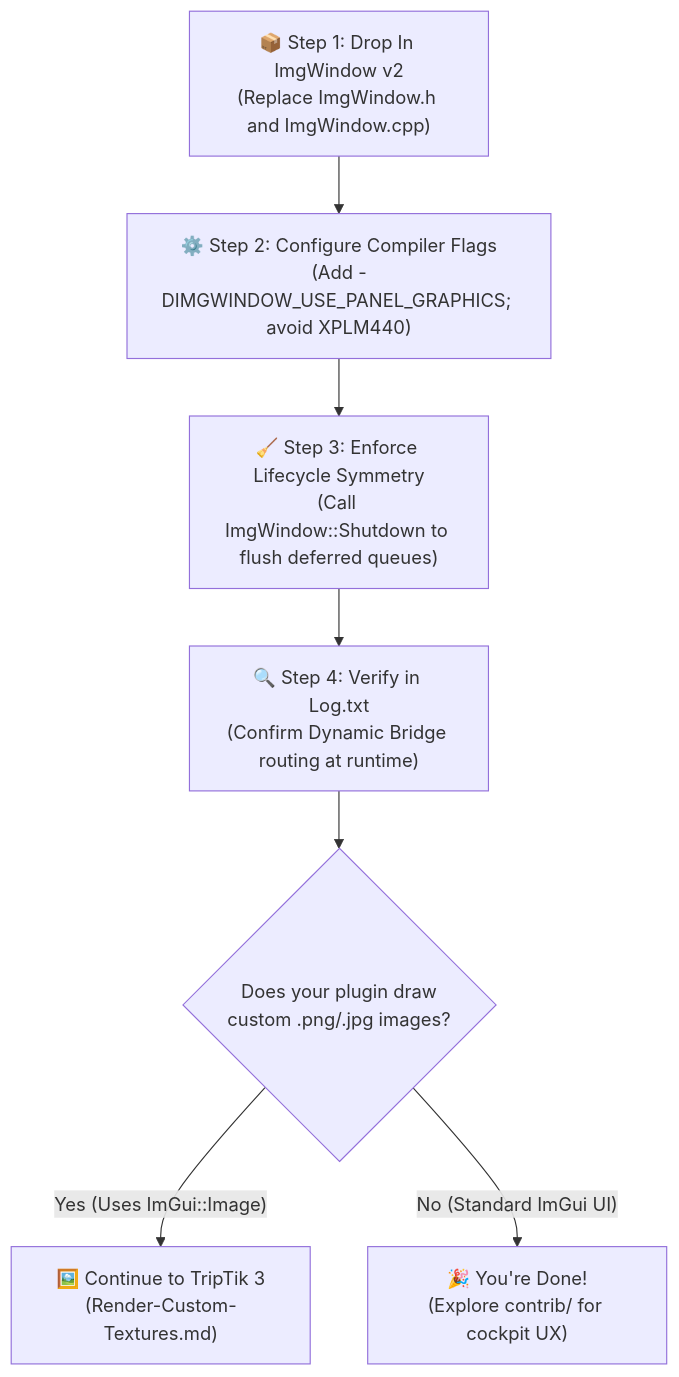
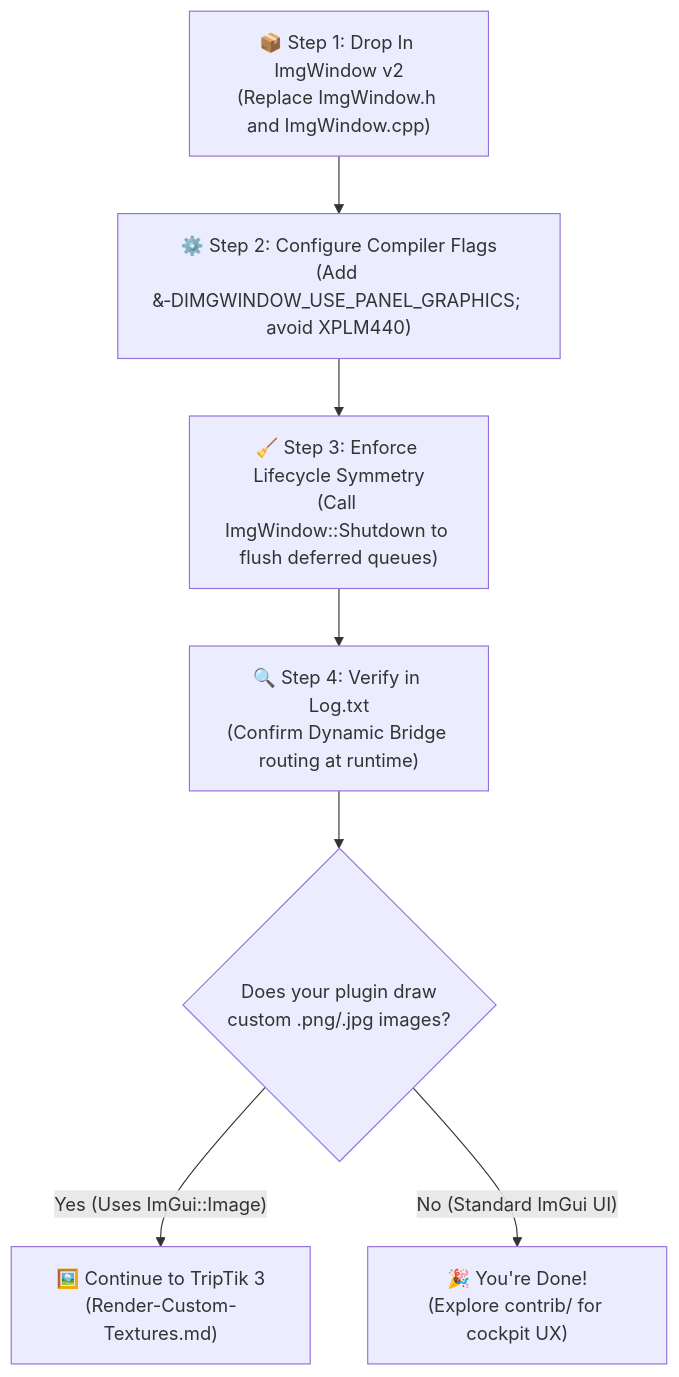
Before and after one commit to slgoldberg/ImgWindow: the diagram in docs/how-to/Support-Panel-Graphics.md, drawn with Mermaid. The commit also changed 1 other file, not shown here.

Commit message:
docs: clarify CMake in-situ vs manual steps and fix Mermaid hyphen wrapping

````diff
--- a/docs/how-to/Support-Panel-Graphics.md
+++ b/docs/how-to/Support-Panel-Graphics.md
@@ -14,12 +14,12 @@
 ```mermaid
 flowchart TD
     Stop1["📦 Step 1: Drop In ImgWindow v2\n(Replace ImgWindow.h and ImgWindow.cpp)"]
-    Stop2["⚙️ Step 2: Configure Compiler Flags\n(Add -DIMGWINDOW_USE_PANEL_GRAPHICS; avoid XPLM440)"]
+    Stop2["⚙️ Step 2: Configure Compiler Flags\n(Add &#8209;DIMGWINDOW_USE_PANEL_GRAPHICS; avoid XPLM440)"]
     Stop3["🧹 Step 3: Enforce Lifecycle Symmetry\n(Call ImgWindow::Shutdown to flush deferred queues)"]
     Stop4["🔍 Step 4: Verify in Log.txt\n(Confirm Dynamic Bridge routing at runtime)"]
     Fork{"Does your plugin draw\ncustom .png/.jpg images?"}
 
     Stop1 --> Stop2 --> Stop3 --> Stop4 --> Fork
     Fork -->|"Yes (Uses ImGui::Image)"| Stop5["🖼️ Continue to TripTik 3\n(Render-Custom-Textures.md)"]
     Fork -->|"No (Standard ImGui UI)"| Stop6["🎉 You're Done!\n(Explore contrib/ for cockpit UX)"]
 ```
````
